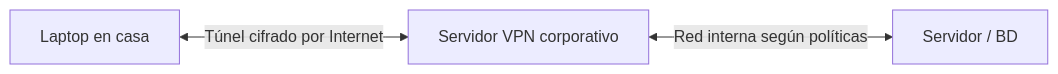
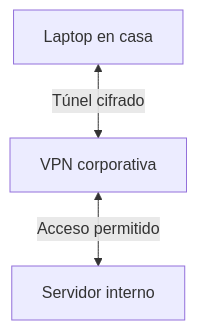
The third of 3 diagrams in 02-soc-operations/03-proxy-y-vpn.md (devfab17/blue-team-fundamentals-btf), drawn with Mermaid before and after one commit.

Commit message:
fix: shorten Mermaid labels to avoid clipped diagrams

````diff
--- a/02-soc-operations/03-proxy-y-vpn.md
+++ b/02-soc-operations/03-proxy-y-vpn.md
@@ -42,5 +42,5 @@
 ```mermaid
-flowchart LR
- L["Laptop en casa"] <-->|"Túnel cifrado por Internet"| V["Servidor VPN corporativo"]
- V <-->|"Red interna según políticas"| D["Servidor / BD"]
+flowchart TB
+ L["Laptop en casa"] <-->|"Túnel cifrado"| V["VPN corporativa"]
+ V <-->|"Acceso permitido"| D["Servidor interno"]
 ```
````
